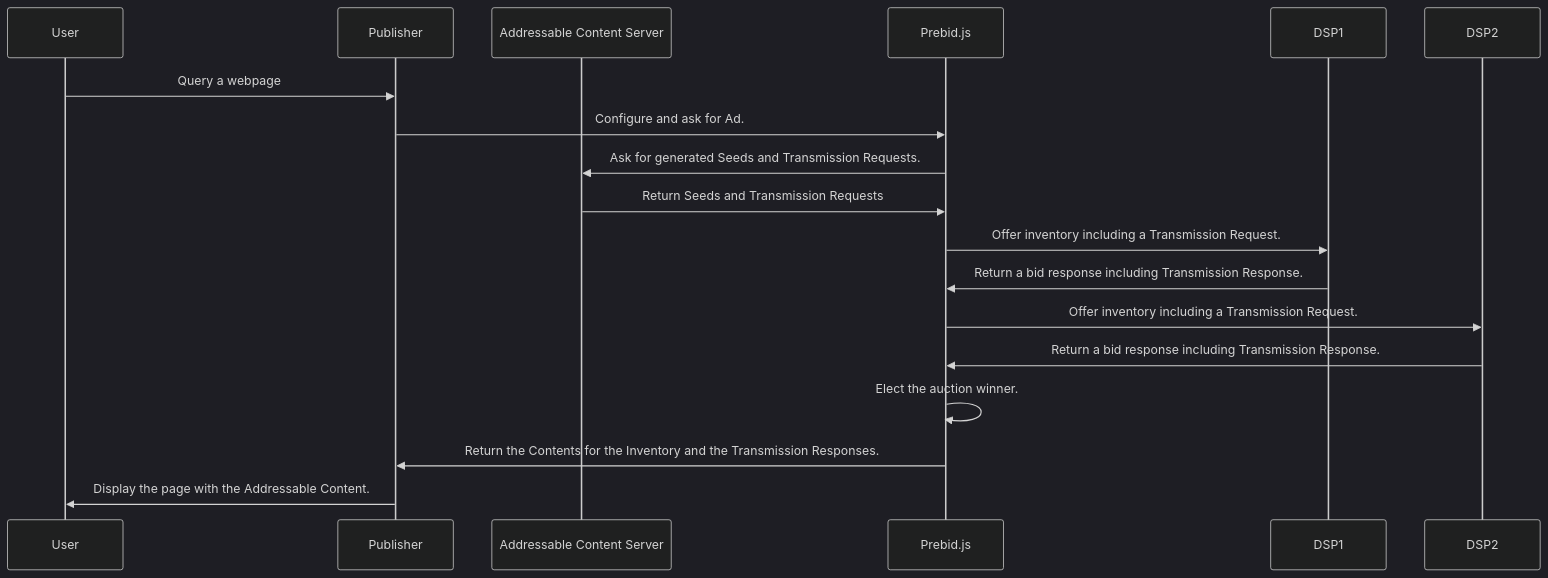
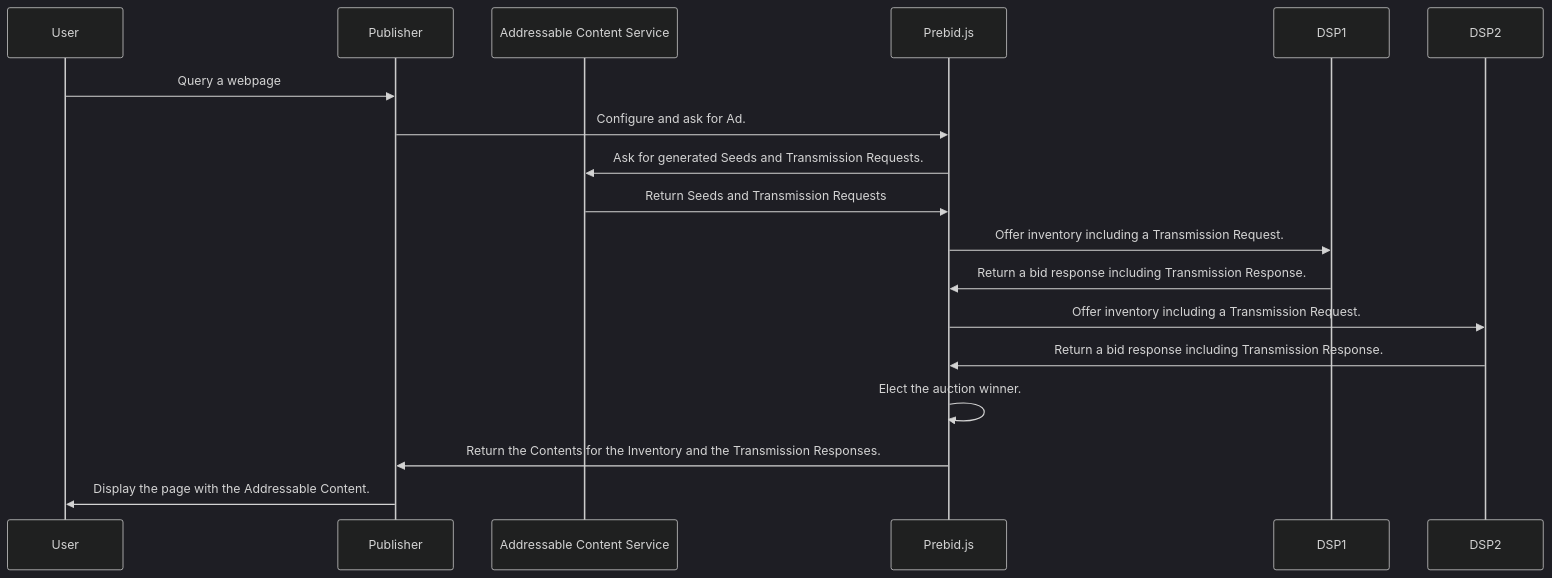
The third of 3 diagrams in mvp-spec/website-implementation.md (prebid/addressability-framework), drawn with Mermaid (dark theme) before and after one commit. The commit also changed other lines of this file and 14 other files, not shown here.

````diff
--- a/mvp-spec/website-implementation.md
+++ b/mvp-spec/website-implementation.md
@@ -583,23 +83,23 @@
 ```mermaid
 sequenceDiagram
     participant User
     participant Publisher
-    participant ACS as Addressable Content Server
+    participant ACS as Addressable Content Service
     participant Prebidjs as Prebid.js
     participant User
     participant Publisher
     participant DSP1
     participant DSP2
 
     User->>Publisher: Query a webpage
     Publisher->>Prebidjs: Configure and ask for Ad.
     Prebidjs->>ACS: Ask for generated Seeds and Transmission Requests.
     ACS->>Prebidjs: Return Seeds and Transmission Requests
     Prebidjs->>DSP1: Offer inventory including a Transmission Request.
     DSP1->>Prebidjs: Return a bid response including Transmission Response.
     Prebidjs->>DSP2: Offer inventory including a Transmission Request.
     DSP2->>Prebidjs: Return a bid response including Transmission Response.
     Prebidjs->>Prebidjs: Elect the auction winner.
     Prebidjs->>Publisher: Return the Contents for the Inventory and the Transmission Responses.
     Publisher->>User: Display the page with the Addressable Content. 
 ```
````
